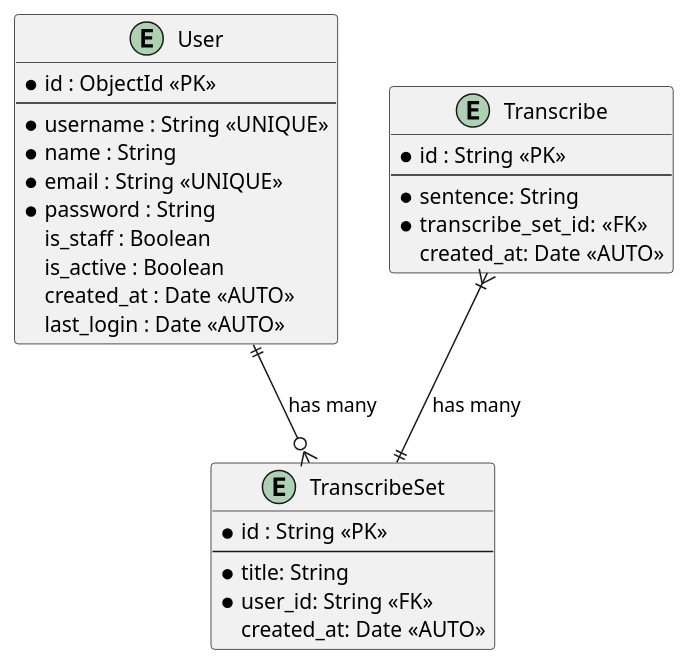
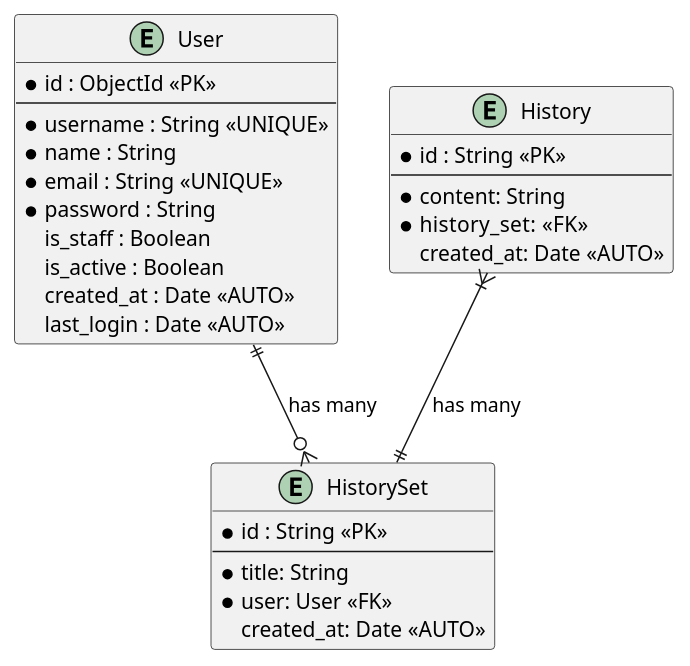
One commit to toru45s/transcribe-app changed the diagram in docs/data.puml. Above: the diagram before and after it, drawn with PlantUML.

Commit message:
update erd

```diff
--- a/docs/data.puml
+++ b/docs/data.puml
@@ -1,33 +1,33 @@
 @startuml
 entity "User" as user {
   *id : ObjectId <<PK>>
   --
   *username : String <<UNIQUE>>
   *name : String
   *email : String <<UNIQUE>>
   *password : String
   is_staff : Boolean
   is_active : Boolean
   created_at : Date <<AUTO>>
   last_login : Date <<AUTO>>
 }
 
-entity "Transcribe" as transcribe {
+entity "History" as history {
   *id : String <<PK>>
   --
-  *sentence: String
-  *transcribe_set_id:  <<FK>>
+  *content: String
+  *history_set:  <<FK>>
   created_at: Date <<AUTO>>
 }
 
-entity "TranscribeSet" as transcribeSet {
+entity "HistorySet" as historySet {
   *id : String <<PK>>
   --
   *title: String
-  *user_id: String <<FK>>
+  *user: User <<FK>>
   created_at: Date <<AUTO>>
 }
 
-transcribe }|--|| transcribeSet : has many
-user ||--o{ transcribeSet : has many
+history }|--|| historySet : has many
+user ||--o{ historySet : has many
 @enduml
```
